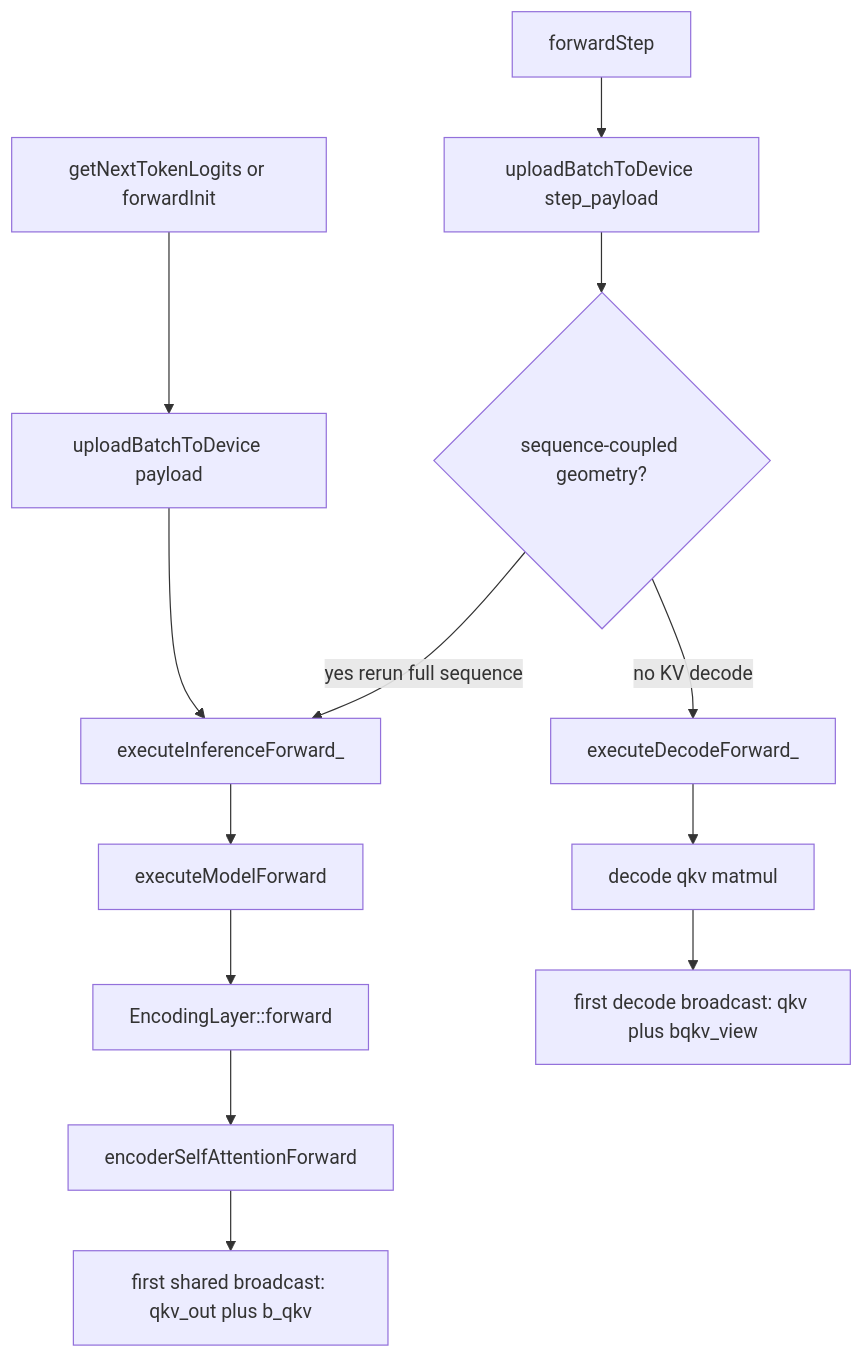
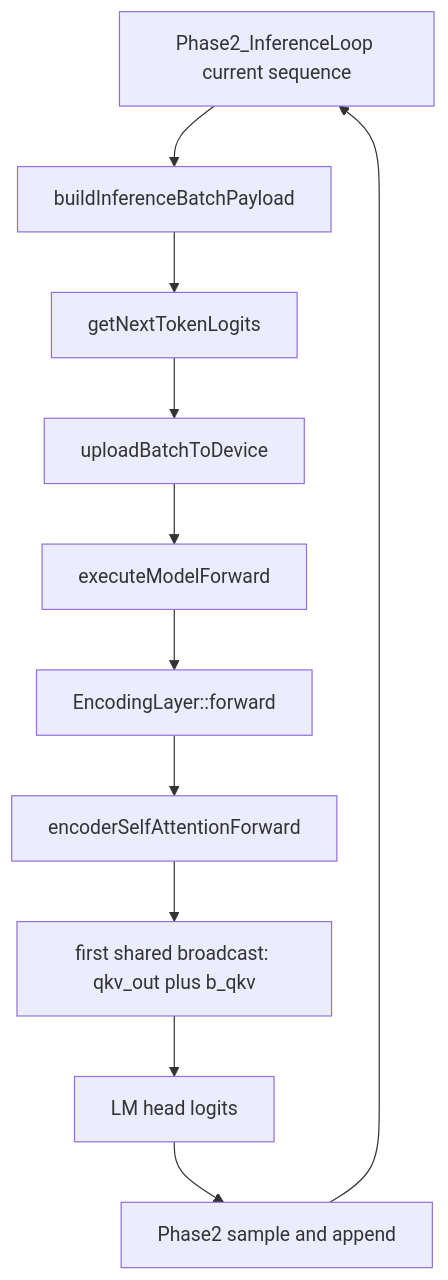
One commit to Reaper3825/G.R.I.M changed the second of 2 diagrams in resources/models/GRIM-text/GRIM/Docs/ForwardChronology.md. Above: the diagram before and after it, drawn with Mermaid. The commit also changed other lines of this file and 58 other files, not shown here.

First line of the commit message:
feat: Implement inference loop and HTTP server for model interaction

````diff
--- a/resources/models/GRIM-text/GRIM/Docs/ForwardChronology.md
+++ b/resources/models/GRIM-text/GRIM/Docs/ForwardChronology.md
@@ -172,16 +134,13 @@
 ```mermaid
 flowchart TD
-    A[getNextTokenLogits or forwardInit] --> B[uploadBatchToDevice payload]
-    B --> C[executeInferenceForward_]
-    C --> D[executeModelForward]
-    D --> E[EncodingLayer::forward]
-    E --> F[encoderSelfAttentionForward]
-    F --> G[first shared broadcast: qkv_out plus b_qkv]
-
-    H[forwardStep] --> I[uploadBatchToDevice step_payload]
-    I --> J{sequence-coupled geometry?}
-    J -->|yes rerun full sequence| C
-    J -->|no KV decode| K[executeDecodeForward_]
-    K --> L[decode qkv matmul]
-    L --> M[first decode broadcast: qkv plus bqkv_view]
+   A[Phase2_InferenceLoop current sequence] --> B[buildInferenceBatchPayload]
+   B --> C[getNextTokenLogits]
+   C --> D[uploadBatchToDevice]
+   D --> E[executeModelForward]
+   E --> F[EncodingLayer::forward]
+   F --> G[encoderSelfAttentionForward]
+   G --> H[first shared broadcast: qkv_out plus b_qkv]
+   H --> I[LM head logits]
+   I --> J[Phase2 sample and append]
+   J --> A
 ```
````
